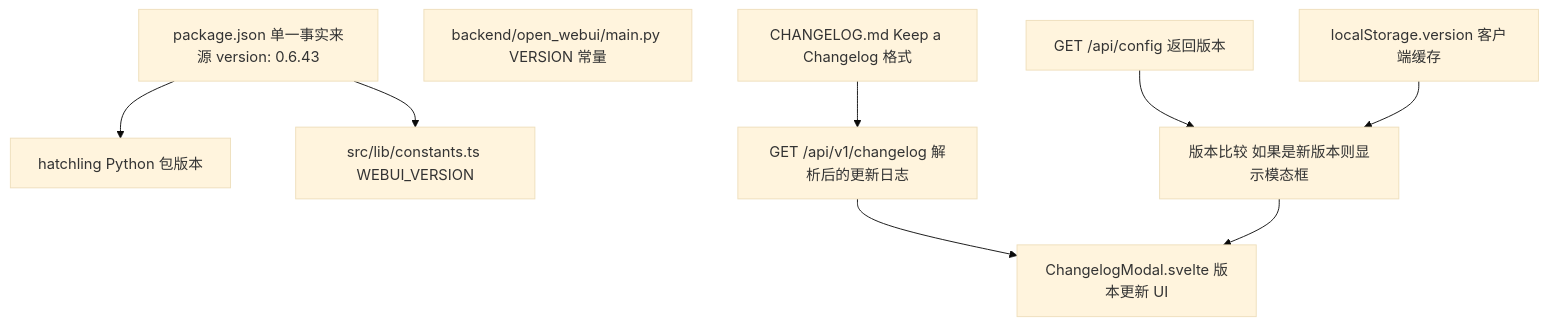
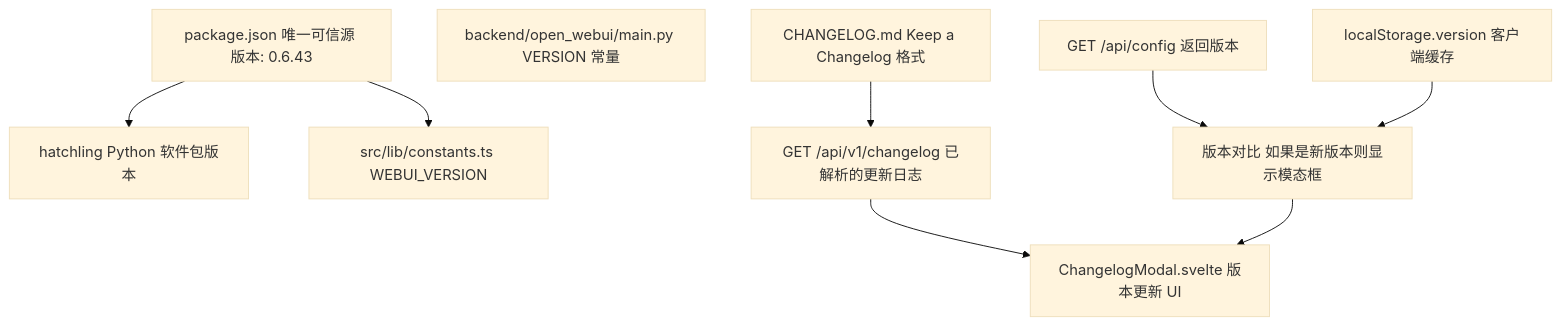
Before and after one commit to Chesszyh/Wiki: the fifth of 5 diagrams in tests/open-webui_deepwiki/zh/18-development-and-testing.md, drawn with Mermaid (base theme). The commit also changed other lines of this file and 234 other files, not shown here.

````diff
--- a/tests/open-webui_deepwiki/zh/18-development-and-testing.md
+++ b/tests/open-webui_deepwiki/zh/18-development-and-testing.md
@@ -444,21 +444,21 @@
 ```mermaid
 flowchart TD
-    PackageJSON["package.json 单一事实来源 version: 0.6.43"]
-    Hatchling["hatchling Python 包版本"]
+    PackageJSON["package.json 唯一可信源 版本: 0.6.43"]
+    Hatchling["hatchling Python 软件包版本"]
     ConstantsTS["src/lib/constants.ts WEBUI_VERSION"]
     MainPy["backend/open_webui/main.py VERSION 常量"]
     ChangelogMD["CHANGELOG.md Keep a Changelog 格式"]
-    ChangelogAPI["GET /api/v1/changelog 解析后的更新日志"]
+    ChangelogAPI["GET /api/v1/changelog 已解析的更新日志"]
     ChangelogModal["ChangelogModal.svelte 版本更新 UI"]
     ConfigAPI["GET /api/config 返回版本"]
     LocalStorage["localStorage.version 客户端缓存"]
-    VersionCompare["版本比较 如果是新版本则显示模态框"]
+    VersionCompare["版本对比 如果是新版本则显示模态框"]
 
     PackageJSON --> Hatchling
     PackageJSON --> ConstantsTS
     ChangelogMD --> ChangelogAPI
     ChangelogAPI --> ChangelogModal
     ConfigAPI --> VersionCompare
     LocalStorage --> VersionCompare
     VersionCompare --> ChangelogModal
 ```
````
